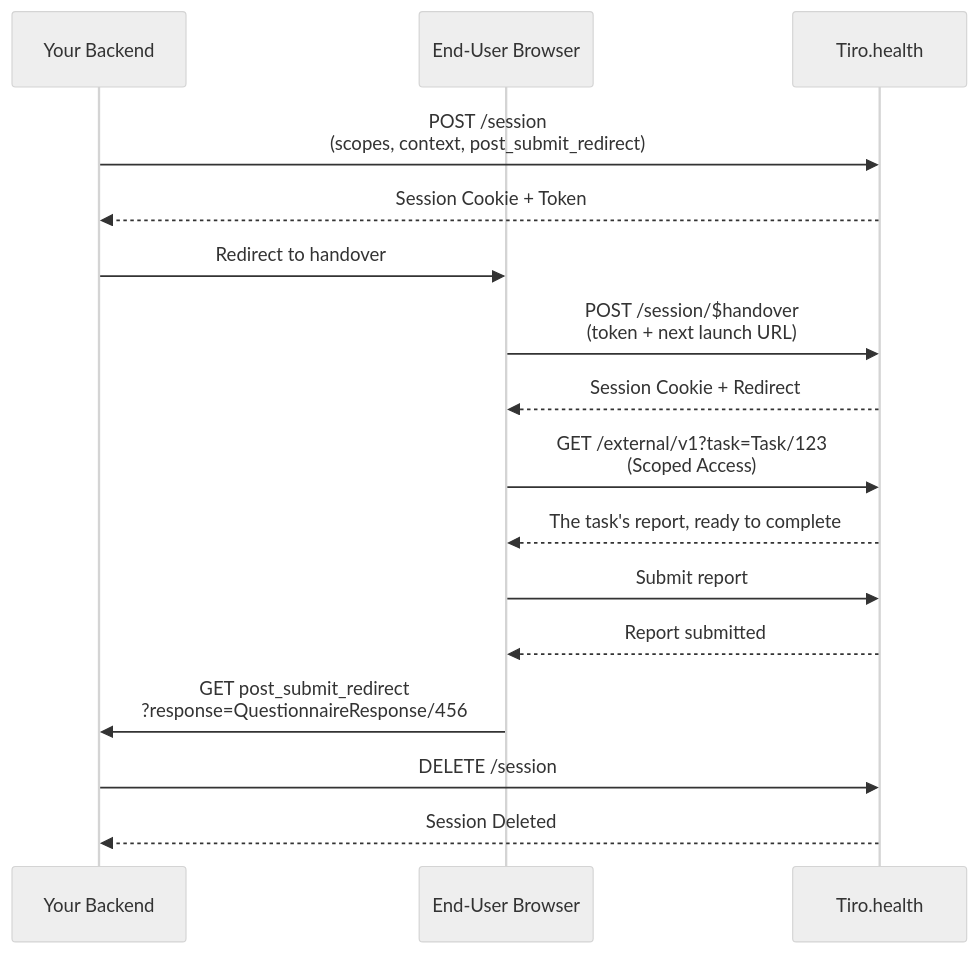
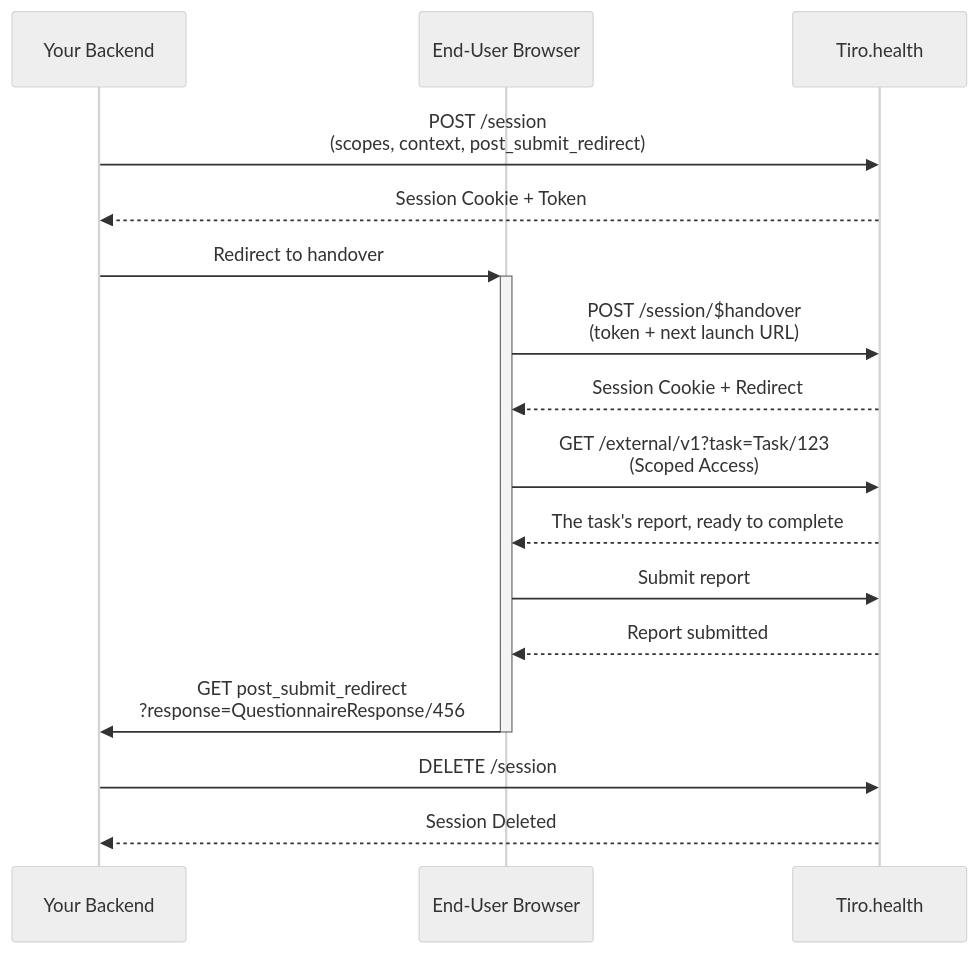
Before and after one commit to Tiro-health/atticus-docs: the diagram in src/app/api/session-management/page.mdx, drawn with Mermaid (neutral theme).

Commit message:
docs: activate the end-user browser lifeline in the session diagram
The user's window is only in play between the handover redirect and the
return trip to the integrator's system. Marking that span with a mermaid
activation bar makes the hand-off visible: the browser lights up when the
backend redirects it, and goes quiet once it lands back on
post_submit_redirect.

````diff
--- a/src/app/api/session-management/page.mdx
+++ b/src/app/api/session-management/page.mdx
@@ -55,19 +55,19 @@
 ```mermaid
 sequenceDiagram
     participant Backend as Your Backend
     participant Browser as End-User Browser
     participant Tiro as Tiro.health
 
     Backend->>Tiro: POST /session<br/>(scopes, context, post_submit_redirect)
     Tiro-->>Backend: Session Cookie + Token
-    Backend->>Browser: Redirect to handover
+    Backend->>+Browser: Redirect to handover
     Browser->>Tiro: POST /session/$handover<br/>(token + next launch URL)
     Tiro-->>Browser: Session Cookie + Redirect
     Browser->>Tiro: GET /external/v1?task=Task/123<br/>(Scoped Access)
     Tiro-->>Browser: The task's report, ready to complete
     Browser->>Tiro: Submit report
     Tiro-->>Browser: Report submitted
-    Browser->>Backend: GET post_submit_redirect<br/>?response=QuestionnaireResponse/456
+    Browser->>-Backend: GET post_submit_redirect<br/>?response=QuestionnaireResponse/456
     Backend->>Tiro: DELETE /session
     Tiro-->>Backend: Session Deleted
 ```
````
